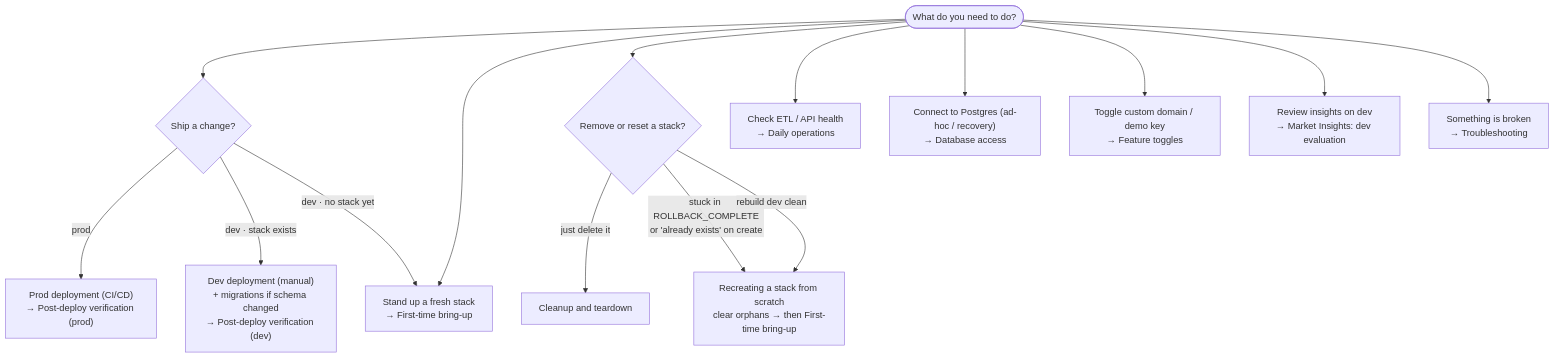
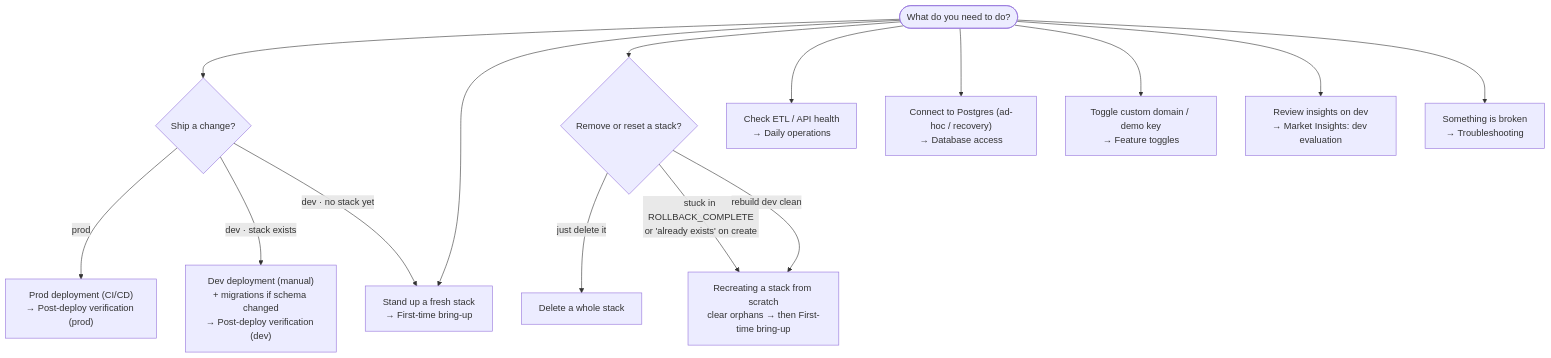
The first of 2 diagrams in docs/runbook.md (RyanYCT/bdo-market-insights), drawn with Mermaid before and after one commit. The commit also changed other lines of this file and 1 other file, not shown here.

````diff
--- a/docs/runbook.md
+++ b/docs/runbook.md
@@ -37,23 +59,23 @@
 ```mermaid
 flowchart TD
     q(["What do you need to do?"])
 
     q --> shipping{"Ship a change?"}
     q --> standup["Stand up a fresh stack<br/>→ First-time bring-up"]
     q --> reset{"Remove or reset a stack?"}
     q --> monitor["Check ETL / API health<br/>→ Daily operations"]
     q --> dbwork["Connect to Postgres (ad-hoc / recovery)<br/>→ Database access"]
     q --> feature["Toggle custom domain / demo key<br/>→ Feature toggles"]
     q --> reviewi["Review insights on dev<br/>→ Market Insights: dev evaluation"]
     q --> broken["Something is broken<br/>→ Troubleshooting"]
 
     shipping -->|"prod"| pr["Prod deployment (CI/CD)<br/>→ Post-deploy verification (prod)"]
     shipping -->|"dev · stack exists"| dv["Dev deployment (manual)<br/>+ migrations if schema changed<br/>→ Post-deploy verification (dev)"]
     shipping -->|"dev · no stack yet"| standup
 
-    reset -->|"just delete it"| cl["Cleanup and teardown"]
+    reset -->|"just delete it"| cl["Delete a whole stack"]
     reset -->|"stuck in ROLLBACK_COMPLETE<br/>or 'already exists' on create"| rc
     reset -->|"rebuild dev clean"| rc
 
     rc["Recreating a stack from scratch<br/>clear orphans → then First-time bring-up"]
 ```
````
